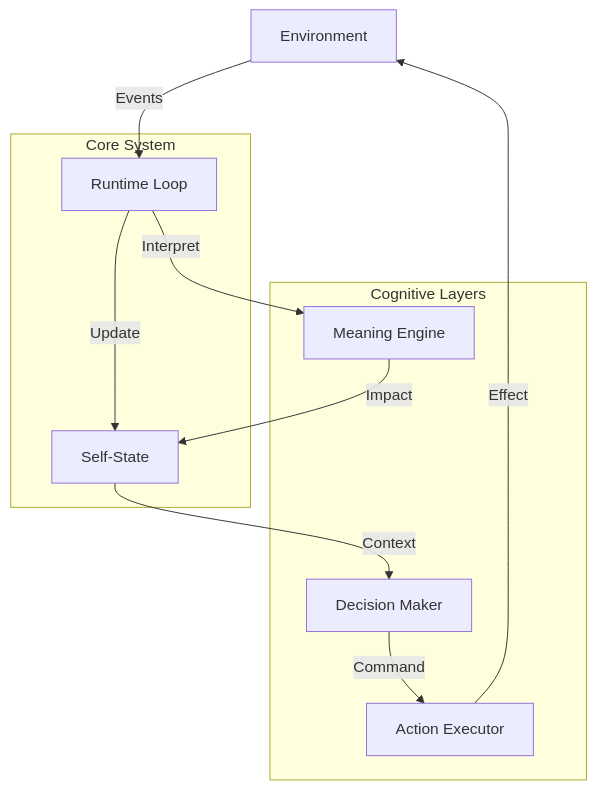
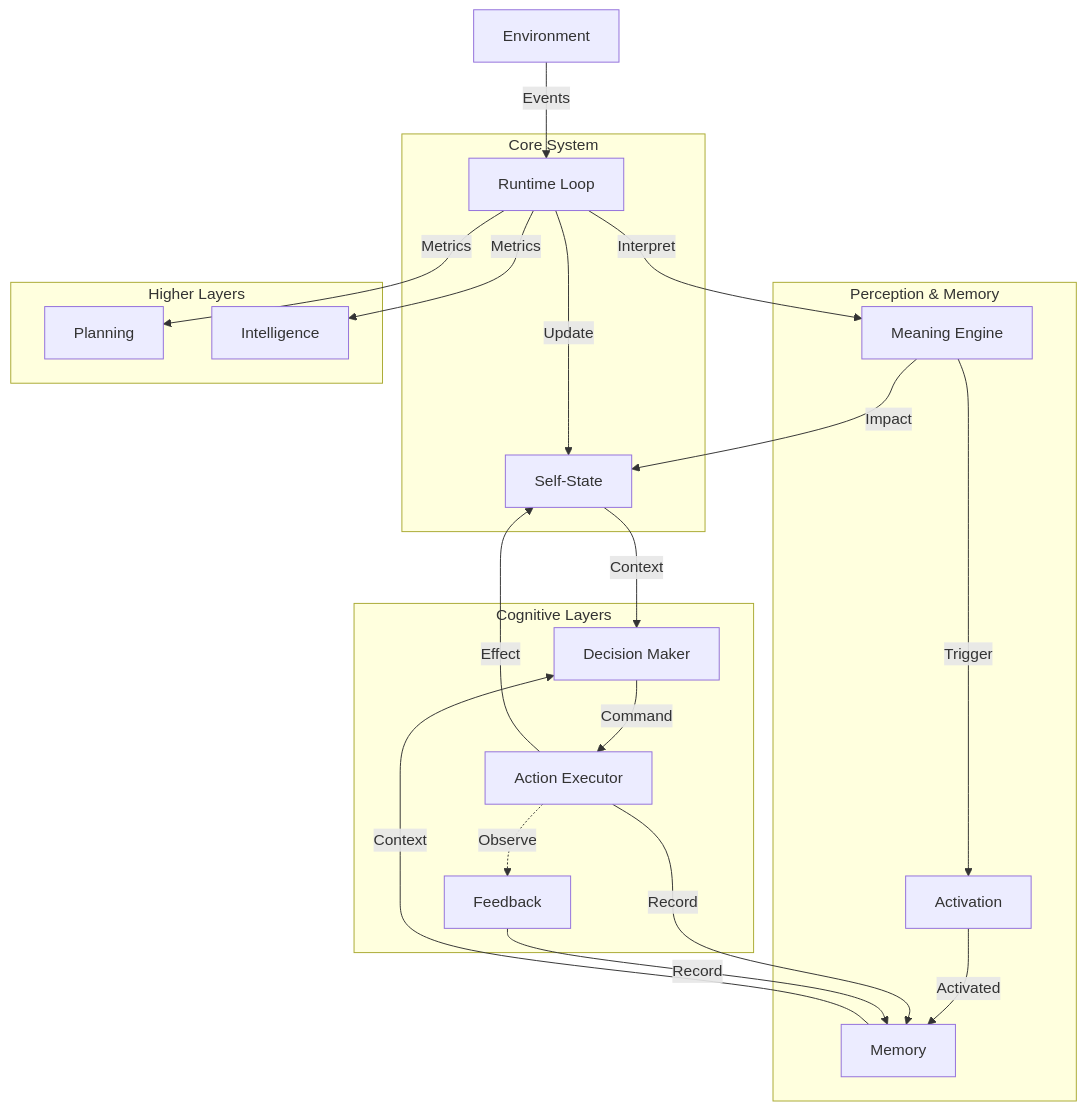
One commit to AlexMiaWat/life changed the diagram in docs/core/01_ARCHITECTURE.md. Above: the diagram before and after it, drawn with Mermaid. The commit also changed other lines of this file and 7 other files, not shown here.

First line of the commit message:
docs(architecture, feedback): update architecture and documentation for feedback layer

````diff
--- a/docs/core/01_ARCHITECTURE.md
+++ b/docs/core/01_ARCHITECTURE.md
@@ -7,21 +7,40 @@
 ```mermaid
 graph TD
     Env[Environment] -->|Events| Loop[Runtime Loop]
     Loop -->|Update| State[Self-State]
     Loop -->|Interpret| Meaning[Meaning Engine]
     Meaning -->|Impact| State
-    State -->|Context| Decision[Decision Maker]
+    Meaning -->|Trigger| Activation[Activation]
+    Activation -->|Activated| Memory[Memory]
+    Memory -->|Context| Decision[Decision Maker]
+    State -->|Context| Decision
     Decision -->|Command| Action[Action Executor]
-    Action -->|Effect| Env
+    Action -->|Effect| State
+    Action -->|Record| Memory
+    Action -.->|Observe| Feedback[Feedback]
+    Feedback -->|Record| Memory
+    Loop -->|Metrics| Planning[Planning]
+    Loop -->|Metrics| Intelligence[Intelligence]
     
     subgraph "Core System"
         Loop
         State
     end
     
+    subgraph "Perception & Memory"
+        Meaning
+        Activation
+        Memory
+    end
+    
     subgraph "Cognitive Layers"
-        Meaning
         Decision
         Action
+        Feedback
+    end
+    
+    subgraph "Higher Layers"
+        Planning
+        Intelligence
     end
 ```
````
